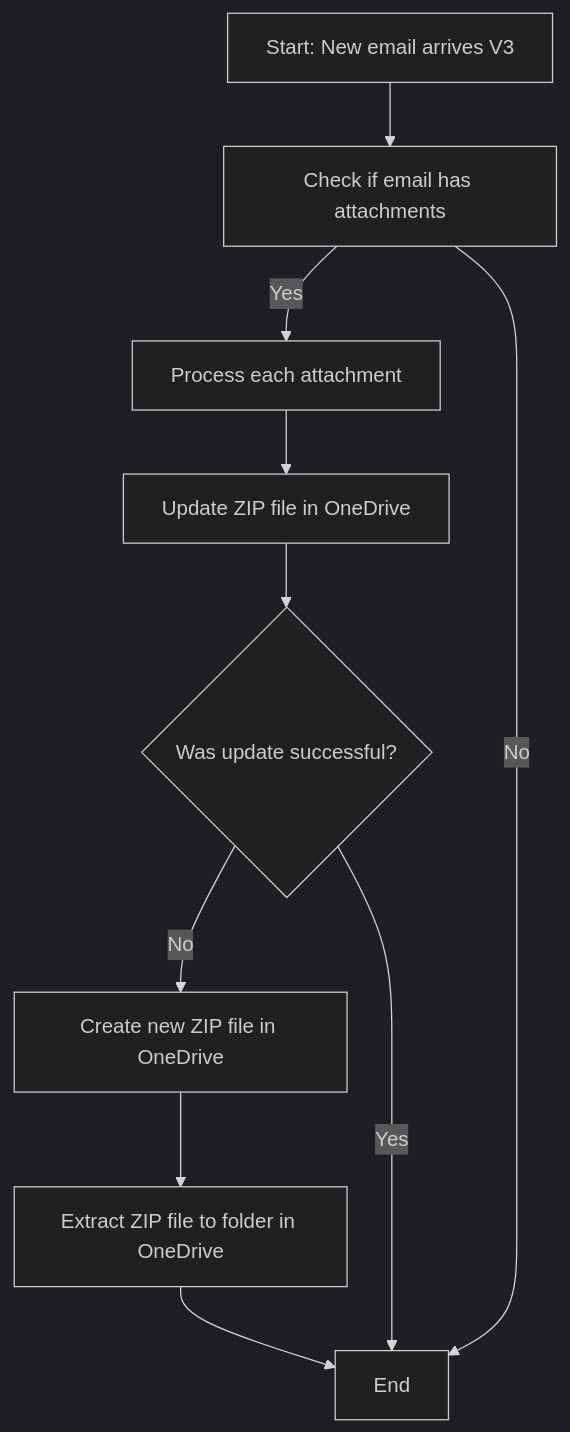
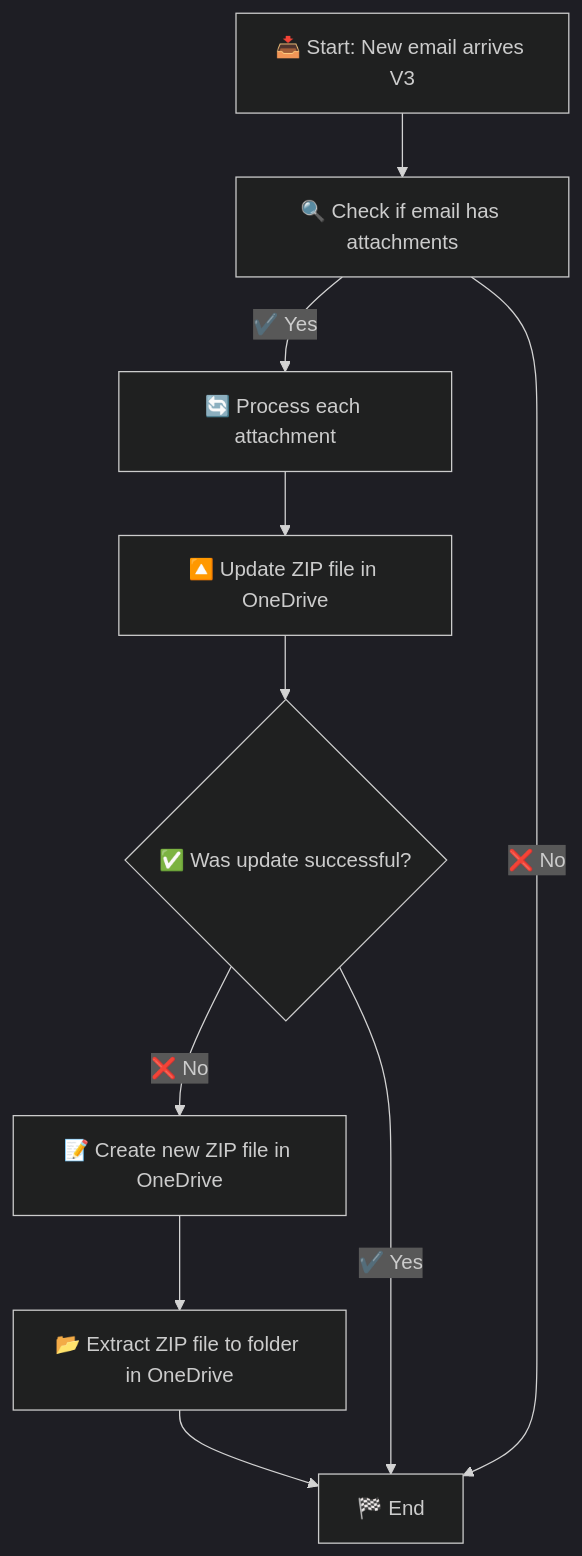
The diagram in Auto Extracting zip from Outlook to Onedrive/README.md (MateuszMachowina/power-automate), drawn with Mermaid (dark theme) before and after one commit. The commit also changed other lines of this file, not shown here.

````diff
--- a/Auto Extracting zip from Outlook to Onedrive/README.md
+++ b/Auto Extracting zip from Outlook to Onedrive/README.md
@@ -9,13 +9,13 @@
 ```mermaid
 graph TD
-  A[Start: New email arrives V3] --> B[Check if email has attachments]
-  B -->|Yes| C[Process each attachment]
-  C --> D[Update ZIP file in OneDrive]
-  D --> E{Was update successful?}
-  E -->|No| F[Create new ZIP file in OneDrive]
-  F --> G[Extract ZIP file to folder in OneDrive]
-  G --> H[End]
+  A[📥 Start: New email arrives V3] --> B[🔍 Check if email has attachments]
+  B -->|✔️ Yes| C[🔄 Process each attachment]
+  C --> D[🔼 Update ZIP file in OneDrive]
+  D --> E{✅ Was update successful?}
+  E -->|❌ No| F[📝 Create new ZIP file in OneDrive]
+  F --> G[📂 Extract ZIP file to folder in OneDrive]
+  G --> H[🏁 End]
 
-  E -->|Yes| H
-  B -->|No| H
+  E -->|✔️ Yes| H
+  B -->|❌ No| H
 ```
````
